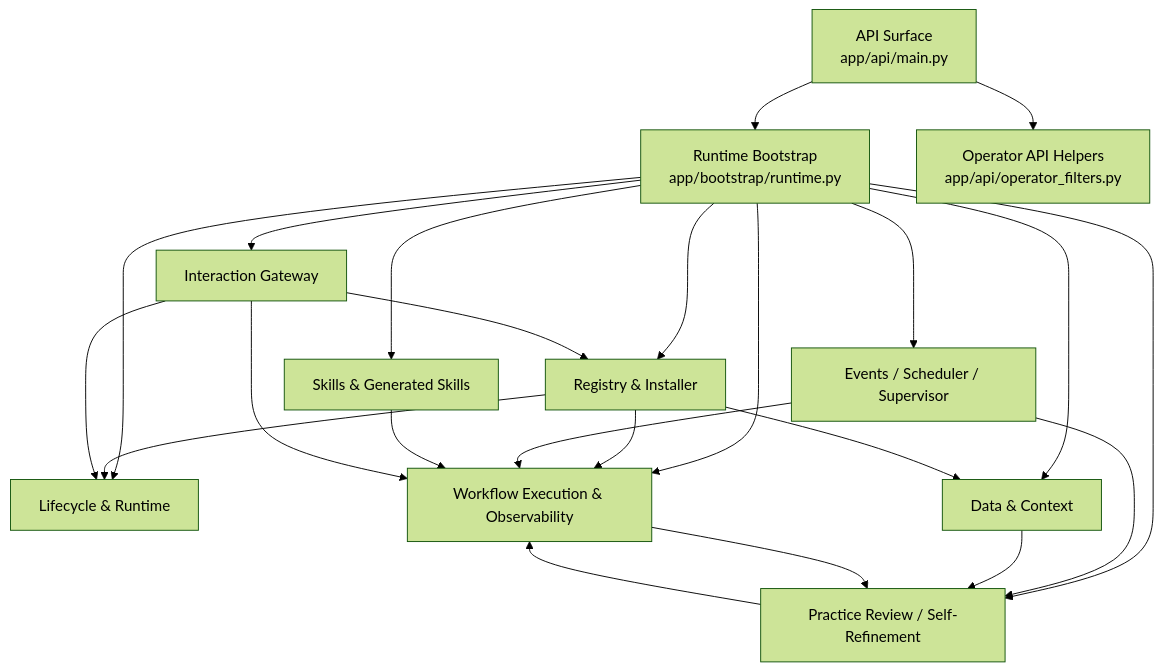
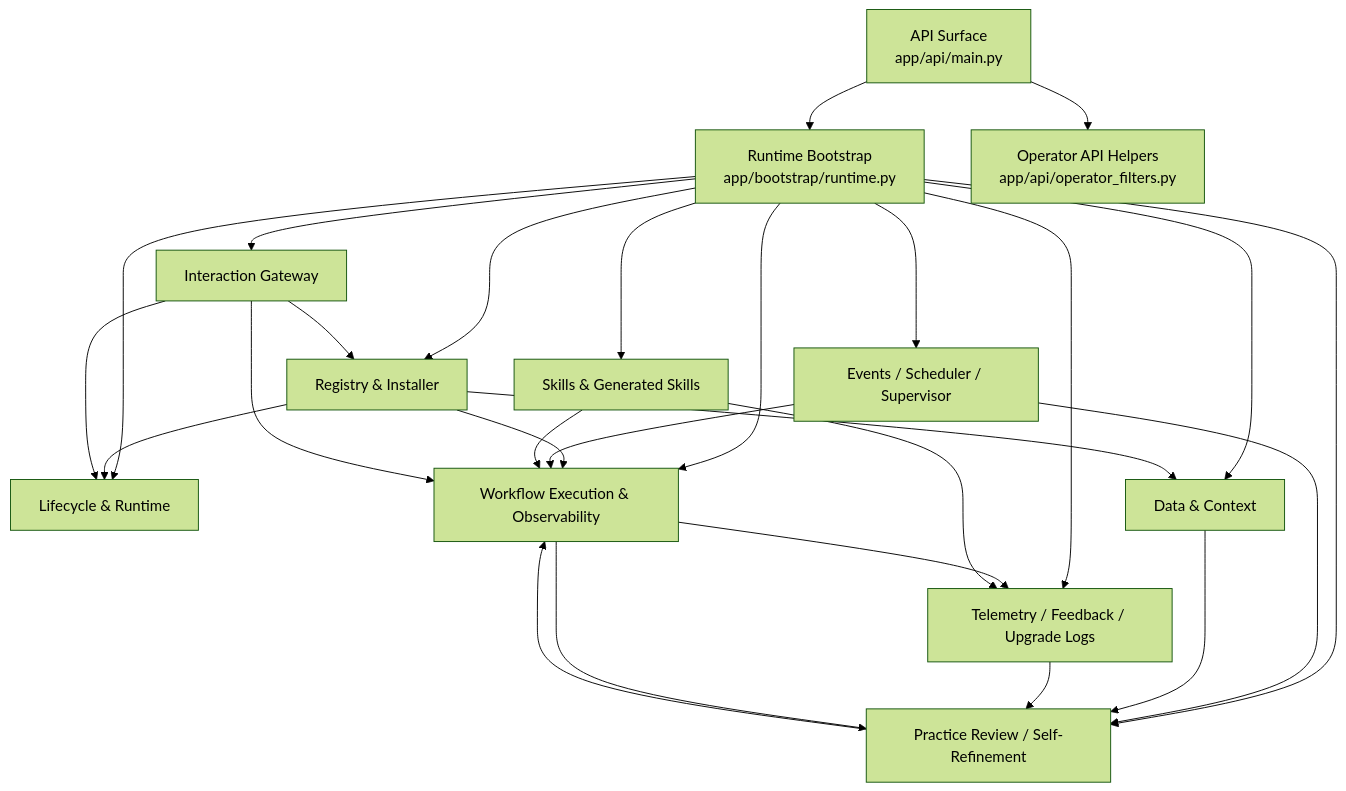
Before and after one commit to wangchienbo/AgentSystem: the first of 22 diagrams in docs/system-relationship-map.md, drawn with Mermaid (forest theme). The commit also changed other lines of this file and 7 other files, not shown here.

Commit message:
docs: consolidate telemetry and upgrade logging design

````diff
--- a/docs/system-relationship-map.md
+++ b/docs/system-relationship-map.md
@@ -22,28 +22,32 @@
 ```mermaid
 graph TD
     API[API Surface\napp/api/main.py] --> RuntimeBootstrap[Runtime Bootstrap\napp/bootstrap/runtime.py]
     API --> OperatorHelpers[Operator API Helpers\napp/api/operator_filters.py]
 
     RuntimeBootstrap --> LifecycleRuntime[Lifecycle & Runtime]
     RuntimeBootstrap --> RegistryInstall[Registry & Installer]
     RuntimeBootstrap --> DataContext[Data & Context]
     RuntimeBootstrap --> EventsScheduling[Events / Scheduler / Supervisor]
     RuntimeBootstrap --> SkillsSystem[Skills & Generated Skills]
+    RuntimeBootstrap --> TelemetryLayer[Telemetry / Feedback / Upgrade Logs]
     RuntimeBootstrap --> LearningLoop[Practice Review / Self-Refinement]
     RuntimeBootstrap --> WorkflowOps[Workflow Execution & Observability]
     RuntimeBootstrap --> Interaction[Interaction Gateway]
 
     RegistryInstall --> WorkflowOps
     RegistryInstall --> DataContext
     RegistryInstall --> LifecycleRuntime
 
     EventsScheduling --> WorkflowOps
     EventsScheduling --> LearningLoop
     DataContext --> LearningLoop
+    WorkflowOps --> TelemetryLayer
+    SkillsSystem --> TelemetryLayer
+    TelemetryLayer --> LearningLoop
     SkillsSystem --> WorkflowOps
     WorkflowOps --> LearningLoop
     LearningLoop --> WorkflowOps
     Interaction --> RegistryInstall
     Interaction --> WorkflowOps
     Interaction --> LifecycleRuntime
 ```
````
